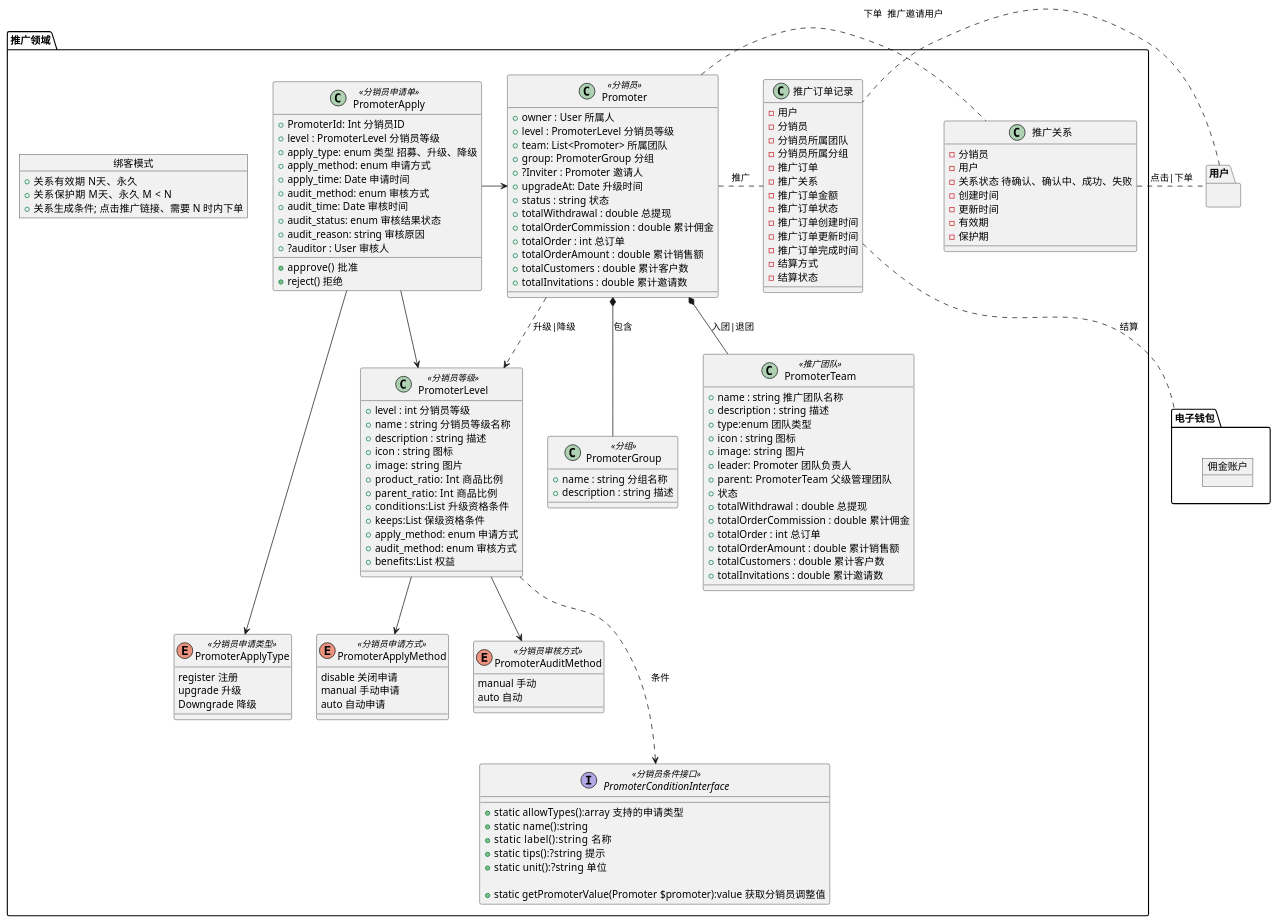
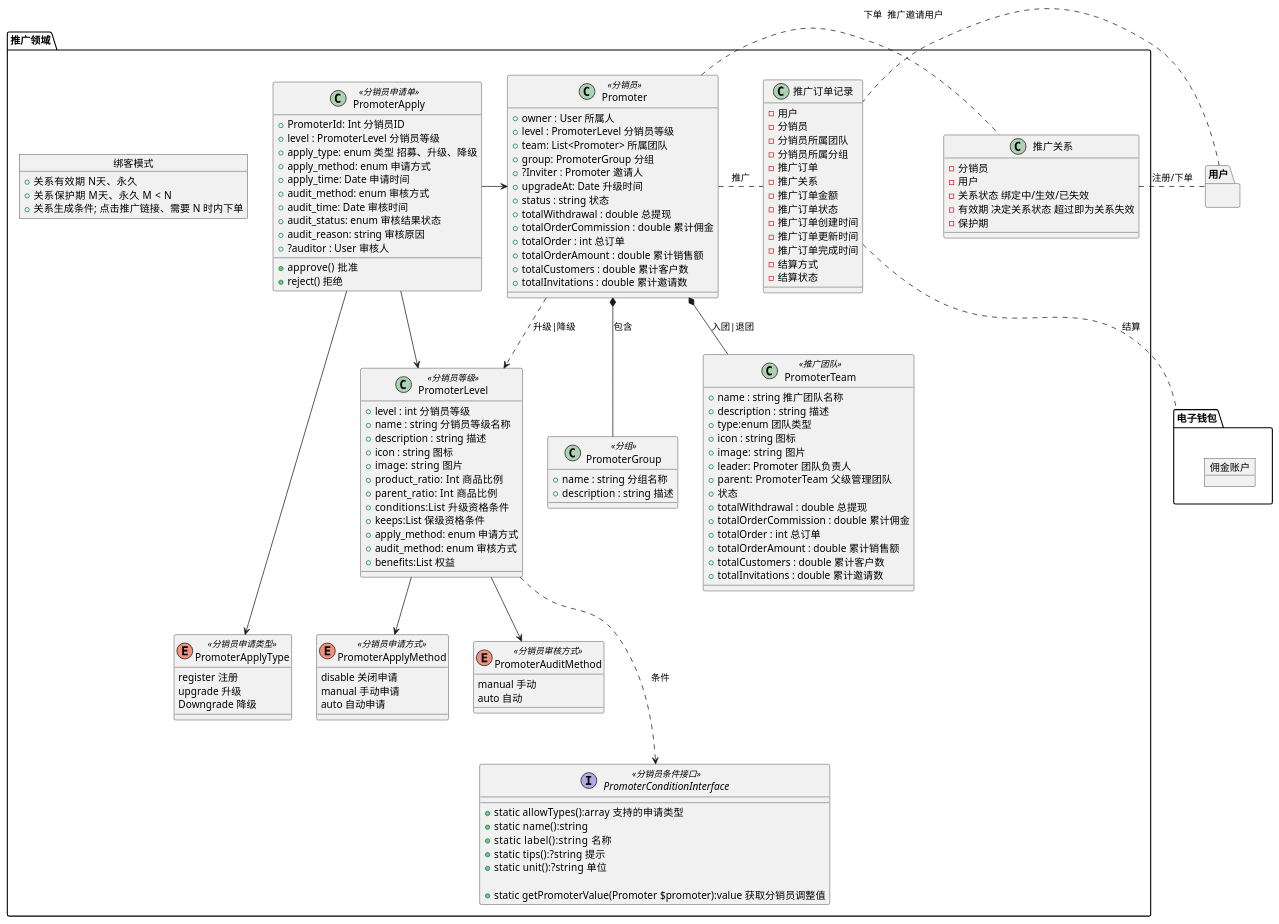
Before and after one commit to red-jasmine/framework: the diagram in docs/distribution/distribution.puml, drawn with PlantUML. The commit also changed 13 other files, not shown here.

```diff
--- a/docs/distribution/distribution.puml
+++ b/docs/distribution/distribution.puml
@@ -1,174 +1,173 @@
 @startuml
 'https://plantuml.com/class-diagram
 
 package 推广领域{
 
 class PromoterLevel<<分销员等级>> {
 +level : int 分销员等级
 +name : string 分销员等级名称
 +description : string 描述
 +icon : string 图标
 +image:  string 图片
 +product_ratio:  Int 商品比例
 +parent_ratio:  Int 商品比例
 +conditions:List  升级资格条件
 +keeps:List 保级资格条件
 +apply_method: enum 申请方式
 +audit_method: enum 审核方式
 +benefits:List 权益
 }
 PromoterLevel ...> PromoterConditionInterface: 条件
 interface PromoterConditionInterface <<分销员条件接口>>{
 + static  allowTypes():array 支持的申请类型
 + static  name():string
 + static  label():string   名称
 + static  tips():?string 提示
 + static  unit():?string 单位
 
 + static getPromoterValue(Promoter $promoter):value 获取分销员调整值
 }
 
 enum PromoterApplyMethod <<分销员申请方式>>{
 disable 关闭申请
 manual 手动申请
 auto 自动申请
 
 }
 
 enum PromoterAuditMethod <<分销员审核方式>>{
 manual 手动
 auto 自动
 
 }
 PromoterLevel --> PromoterApplyMethod
 PromoterLevel --> PromoterAuditMethod
 class PromoterTeam<<推广团队>>{
 +name : string 推广团队名称
 +description : string 描述
 +type:enum 团队类型
 +icon : string 图标
 +image:  string 图片
 +leader: Promoter 团队负责人
 + parent:  PromoterTeam 父级管理团队
 + 状态
 + totalWithdrawal : double 总提现
 + totalOrderCommission : double 累计佣金
 + totalOrder : int 总订单
 + totalOrderAmount : double 累计销售额
 + totalCustomers : double 累计客户数
 + totalInvitations : double 累计邀请数
 }
 
 class PromoterGroup<<分组>>{
 +name : string 分组名称
 + description : string 描述
 }
 
 class Promoter<<分销员>> {
 + owner : User 所属人
 + level : PromoterLevel 分销员等级
 + team: List<Promoter> 所属团队
 + group: PromoterGroup 分组
 + ?Inviter : Promoter 邀请人
 + upgradeAt: Date 升级时间
 + status : string 状态
 + totalWithdrawal : double 总提现
 + totalOrderCommission : double 累计佣金
 + totalOrder : int 总订单
 + totalOrderAmount : double 累计销售额
 + totalCustomers : double 累计客户数
 + totalInvitations : double 累计邀请数
 }
 
 
 class PromoterApply <<分销员申请单>>{
 +PromoterId: Int 分销员ID
 +level : PromoterLevel 分销员等级
 +apply_type: enum 类型 招募、升级、降级
 +apply_method: enum 申请方式
 +apply_time: Date 申请时间
 +audit_method: enum 审核方式
 +audit_time: Date 审核时间
 +audit_status: enum 审核结果状态
 +audit_reason: string 审核原因
 +?auditor : User 审核人
 
 + approve()  批准
 + reject() 拒绝
 }
 
 enum PromoterApplyType <<分销员申请类型>>{
 register 注册
 upgrade 升级
 Downgrade 降级
 }
 PromoterApply ---> PromoterApplyType
 PromoterApply -> Promoter
 PromoterApply -> PromoterLevel
+
 class 推广关系{
 - 分销员
 - 用户
-- 关系状态 待确认、确认中、成功、失败
-- 创建时间
-- 更新时间
-- 有效期
+- 关系状态 绑定中/生效/已失效
+- 有效期 决定关系状态 超过即为关系失效
 - 保护期
 }
 
 class  推广订单记录{
 - 用户
 - 分销员
 - 分销员所属团队
 - 分销员所属分组
 - 推广订单
 - 推广关系
 - 推广订单金额
 - 推广订单状态
 - 推广订单创建时间
 - 推广订单更新时间
 - 推广订单完成时间
 - 结算方式
 - 结算状态
 }
 
 
 
 
 object 绑客模式{
 +关系有效期  N天、永久
 +关系保护期  M天、永久  M < N
 +关系生成条件; 点击推广链接、需要 N 时内下单
 }
 
 
 
 Promoter *-- PromoterTeam:入团|退团
 
 Promoter *-- PromoterGroup:包含
 
 Promoter ..> PromoterLevel:升级|降级
 
 Promoter . 推广关系:推广邀请用户
 Promoter . 推广订单记录:推广
 
 
 }
 用户 . 推广订单记录:下单
-推广关系 . 用户:点击|下单
+推广关系 . 用户:注册/下单
 
 推广订单记录 .. 电子钱包:结算
 package 用户{
 
 }
 
 package 电子钱包{
 
 object 佣金账户{
 }
 }
 
 
 
 
 
 @enduml
```
